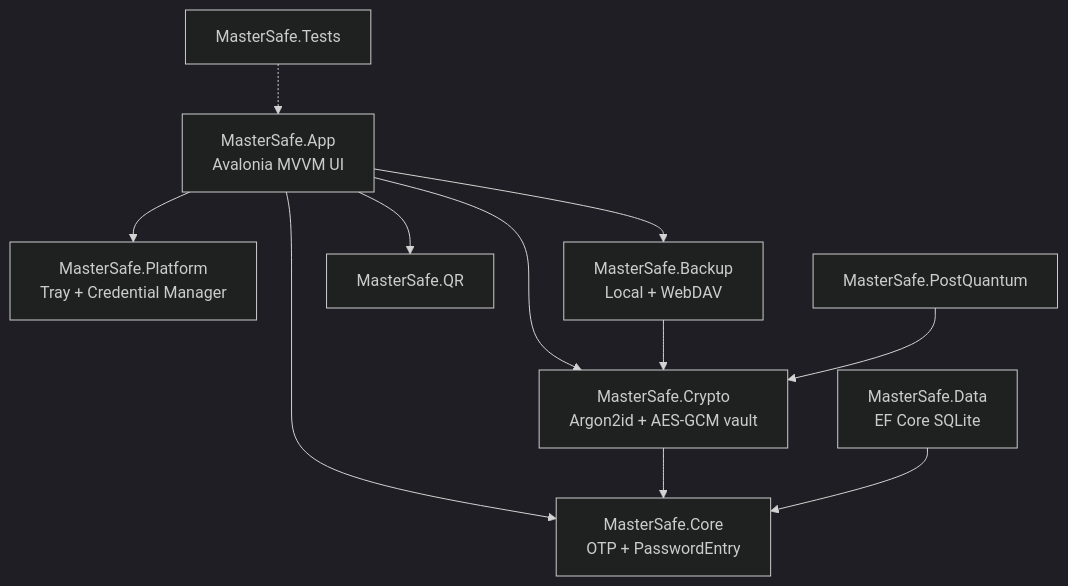
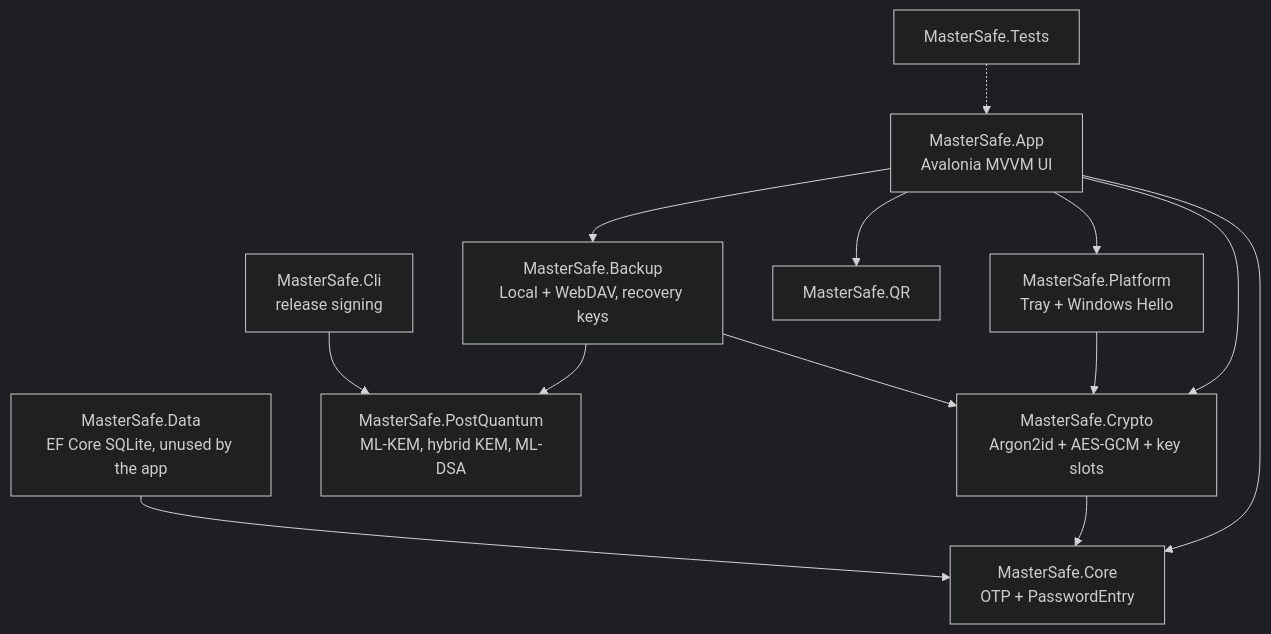
Before and after one commit to GabrielVergara/MasterSafeAuthenticator: the first of 4 diagrams in docs/Documentation.md, drawn with Mermaid (dark theme). The commit also changed other lines of this file and 75 other files, not shown here.

````diff
--- a/docs/Documentation.md
+++ b/docs/Documentation.md
@@ -11,13 +11,15 @@
 ```mermaid
 flowchart TD
     App[MasterSafe.App<br/>Avalonia MVVM UI] --> Core[MasterSafe.Core<br/>OTP + PasswordEntry]
-    App --> Crypto[MasterSafe.Crypto<br/>Argon2id + AES-GCM vault]
-    App --> Platform[MasterSafe.Platform<br/>Tray + Credential Manager]
-    App --> Backup[MasterSafe.Backup<br/>Local + WebDAV]
+    App --> Crypto[MasterSafe.Crypto<br/>Argon2id + AES-GCM + key slots]
+    App --> Platform[MasterSafe.Platform<br/>Tray + Windows Hello]
+    App --> Backup[MasterSafe.Backup<br/>Local + WebDAV, recovery keys]
     App --> QR[MasterSafe.QR]
     Crypto --> Core
+    Platform --> Crypto
     Backup --> Crypto
-    Data[MasterSafe.Data<br/>EF Core SQLite] --> Core
-    PQ[MasterSafe.PostQuantum] --> Crypto
+    Backup --> PQ[MasterSafe.PostQuantum<br/>ML-KEM, hybrid KEM, ML-DSA]
+    Data[MasterSafe.Data<br/>EF Core SQLite, unused by the app] --> Core
+    Cli[MasterSafe.Cli<br/>release signing] --> PQ
     Tests[MasterSafe.Tests] -.-> App
 ```
````
